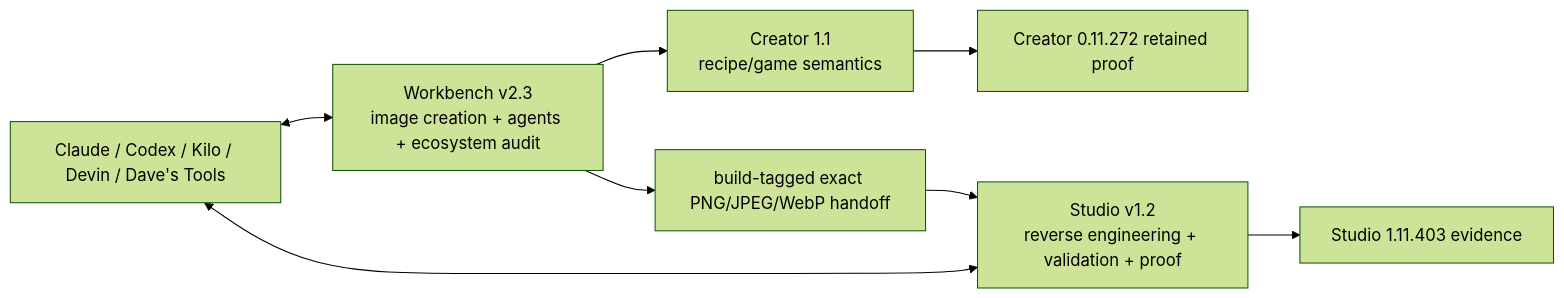
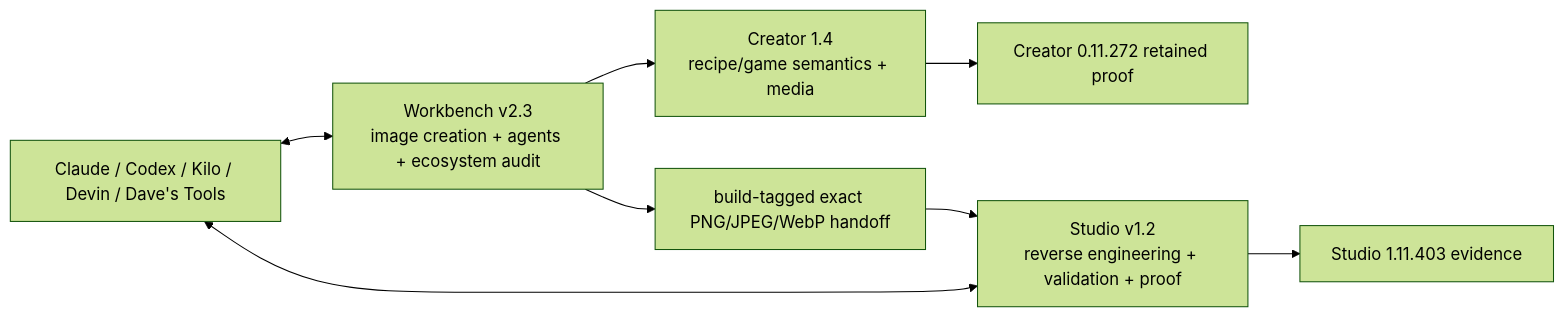
One commit to Ghenghis/Barros-Pizza-Creator changed the second of 2 diagrams in README.md. Above: the diagram before and after it, drawn with Mermaid (forest theme). The commit also changed other lines of this file and 74 other files, not shown here.

````diff
--- a/README.md
+++ b/README.md
@@ -166,10 +182,10 @@
 ```mermaid
 flowchart LR
-    W[Workbench v2.3\nimage creation + agents + ecosystem audit] --> C[Creator 1.1\nrecipe/game semantics]
+    W[Workbench v2.3\nimage creation + agents + ecosystem audit] --> C[Creator 1.4\nrecipe/game semantics + media]
     W --> H[build-tagged exact PNG/JPEG/WebP handoff]
     H --> S[Studio v1.2\nreverse engineering + validation + proof]
     C --> CP[Creator 0.11.272 retained proof]
     S --> SP[Studio 1.11.403 evidence]
     A[Claude / Codex / Kilo / Devin / Dave's Tools] <--> W
     A <--> S
 ```
````
